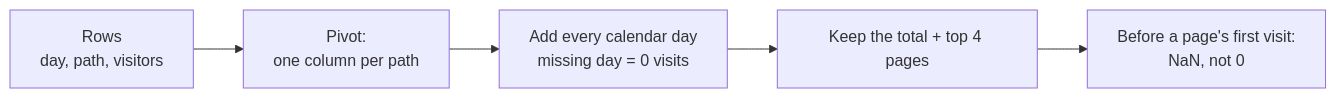
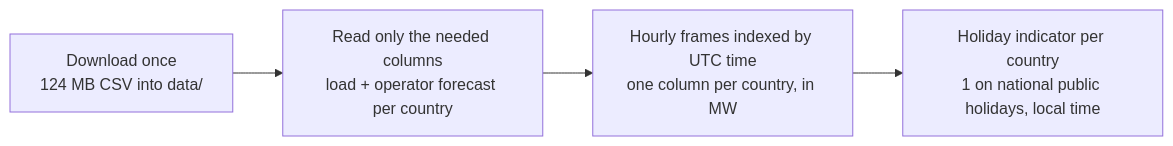
One commit to mourjo/zero-shot-forecasting changed the second of 5 diagrams in README.md. Above: the diagram before and after it, drawn with Mermaid. The commit also changed other lines of this file, not shown here.

````diff
--- a/README.md
+++ b/README.md
@@ -95,7 +151,6 @@
 ```mermaid
 flowchart LR
-    A["Rows<br/>day, path, visitors"] --> B["Pivot:<br/>one column per path"]
-    B --> C["Add every calendar day<br/>missing day = 0 visits"]
-    C --> D["Keep the total + top 4 pages"]
-    D --> E["Before a page's first visit:<br/>NaN, not 0"]
+    A["Download once<br/>124 MB CSV into data/"] --> B["Read only the needed columns<br/>load + operator forecast per country"]
+    B --> C["Hourly frames indexed by UTC time<br/>one column per country, in MW"]
+    C --> E["Holiday indicator per country<br/>1 on national public holidays, local time"]
 ```
````
